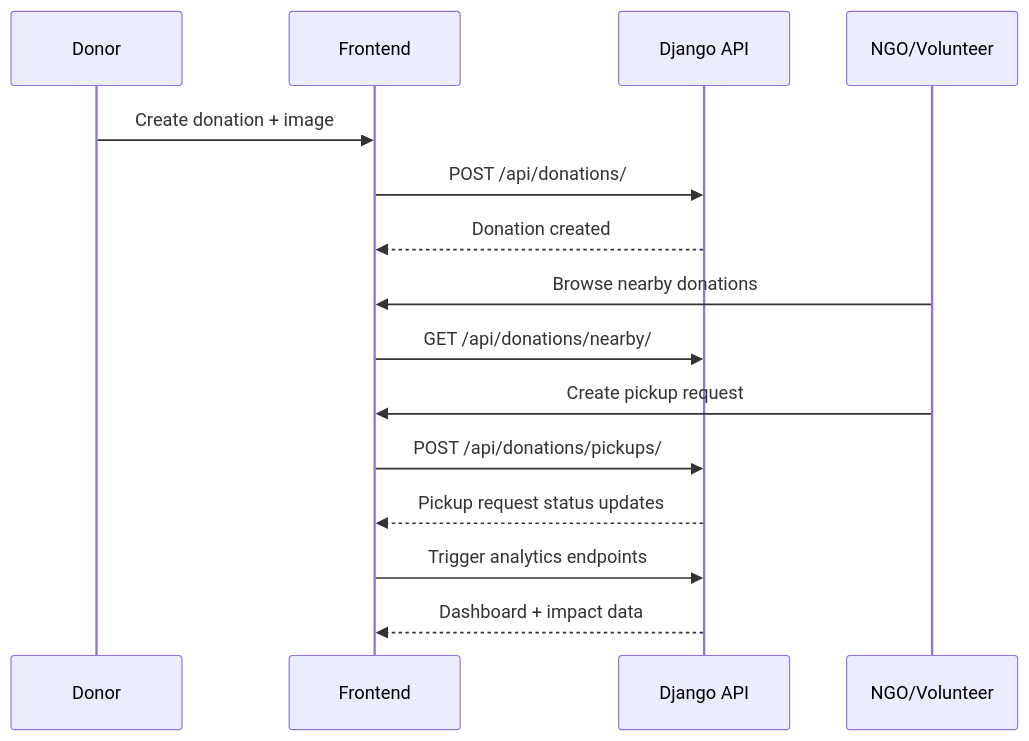
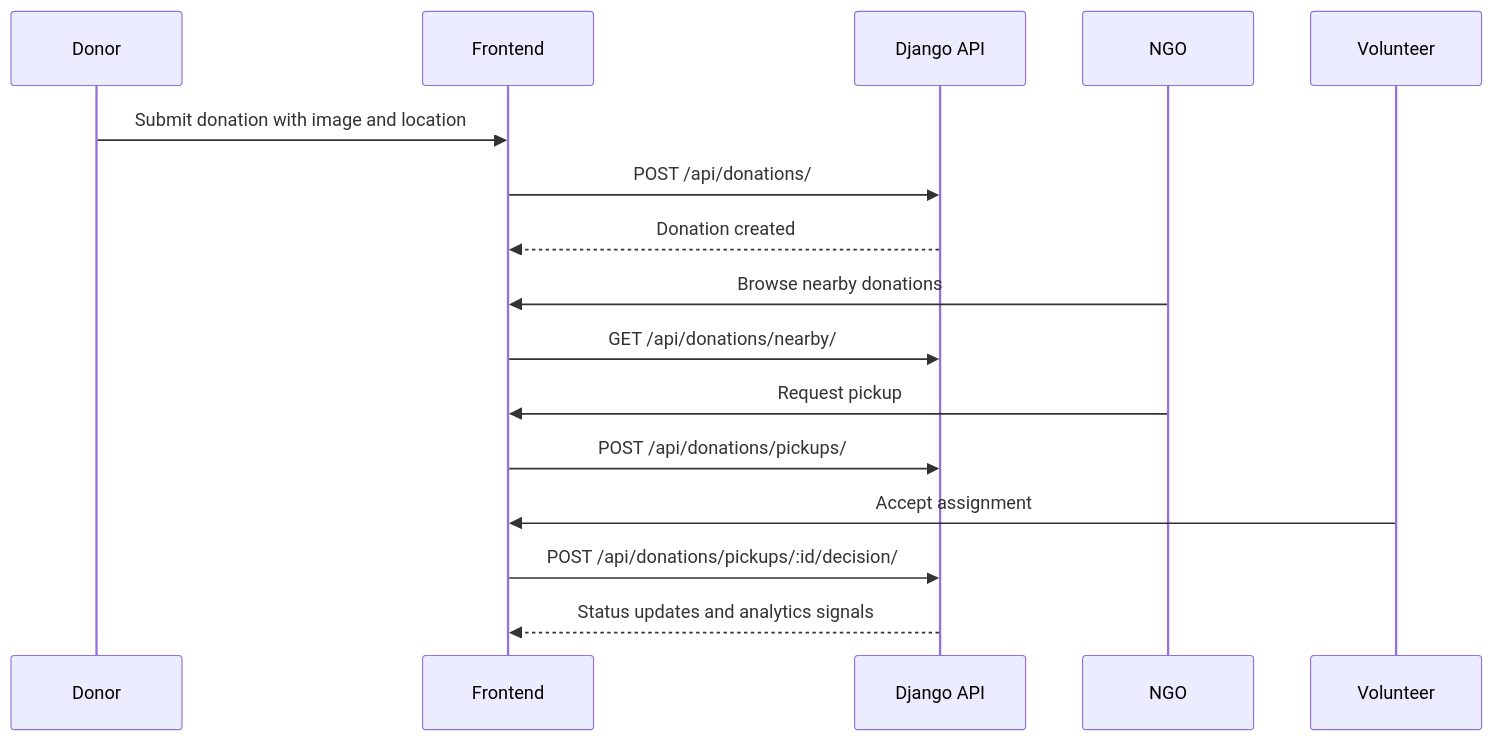
One commit to Rahul-panda564/FoodSave changed the third of 3 diagrams in README.md. Above: the diagram before and after it, drawn with Mermaid. The commit also changed other lines of this file, not shown here.

````diff
--- a/README.md
+++ b/README.md
@@ -139,18 +111,19 @@
 ```mermaid
 sequenceDiagram
-	participant D as Donor
-	participant FE as Frontend
-	participant API as Django API
-	participant N as NGO/Volunteer
+  participant Donor
+  participant Frontend
+  participant API as Django API
+  participant NGO
+  participant Volunteer
 
-	D->>FE: Create donation + image
-	FE->>API: POST /api/donations/
-	API-->>FE: Donation created
-	N->>FE: Browse nearby donations
-	FE->>API: GET /api/donations/nearby/
-	N->>FE: Create pickup request
-	FE->>API: POST /api/donations/pickups/
-	API-->>FE: Pickup request status updates
-	FE->>API: Trigger analytics endpoints
-	API-->>FE: Dashboard + impact data
+  Donor->>Frontend: Submit donation with image and location
+  Frontend->>API: POST /api/donations/
+  API-->>Frontend: Donation created
+  NGO->>Frontend: Browse nearby donations
+  Frontend->>API: GET /api/donations/nearby/
+  NGO->>Frontend: Request pickup
+  Frontend->>API: POST /api/donations/pickups/
+  Volunteer->>Frontend: Accept assignment
+  Frontend->>API: POST /api/donations/pickups/:id/decision/
+  API-->>Frontend: Status updates and analytics signals
 ```
````
